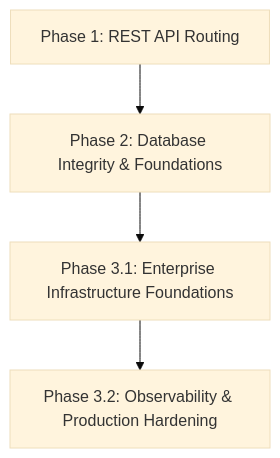
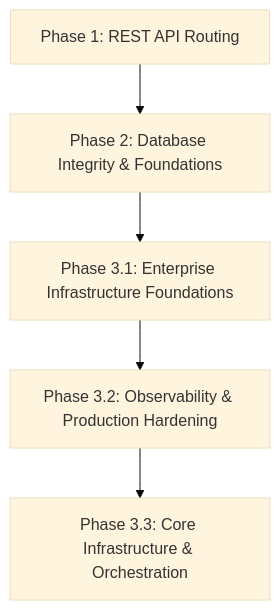
The diagram in docs/learning/README.md (huynhlethanhnhan/TaskSyncEnterprise), drawn with Mermaid (base theme) before and after one commit. The commit also changed other lines of this file and 35 other files, not shown here.

Commit message:
Phase 3.3 - Enterprise Infrastructure & Notification Framework Completed

````diff
--- a/docs/learning/README.md
+++ b/docs/learning/README.md
@@ -9,6 +9,7 @@
 ```mermaid
 graph TD
     P1[Phase 1: REST API Routing] --> P2[Phase 2: Database Integrity & Foundations]
     P2 --> P3_1[Phase 3.1: Enterprise Infrastructure Foundations]
     P3_1 --> P3_2[Phase 3.2: Observability & Production Hardening]
+    P3_2 --> P3_3[Phase 3.3: Core Infrastructure & Orchestration]
 ```
````
